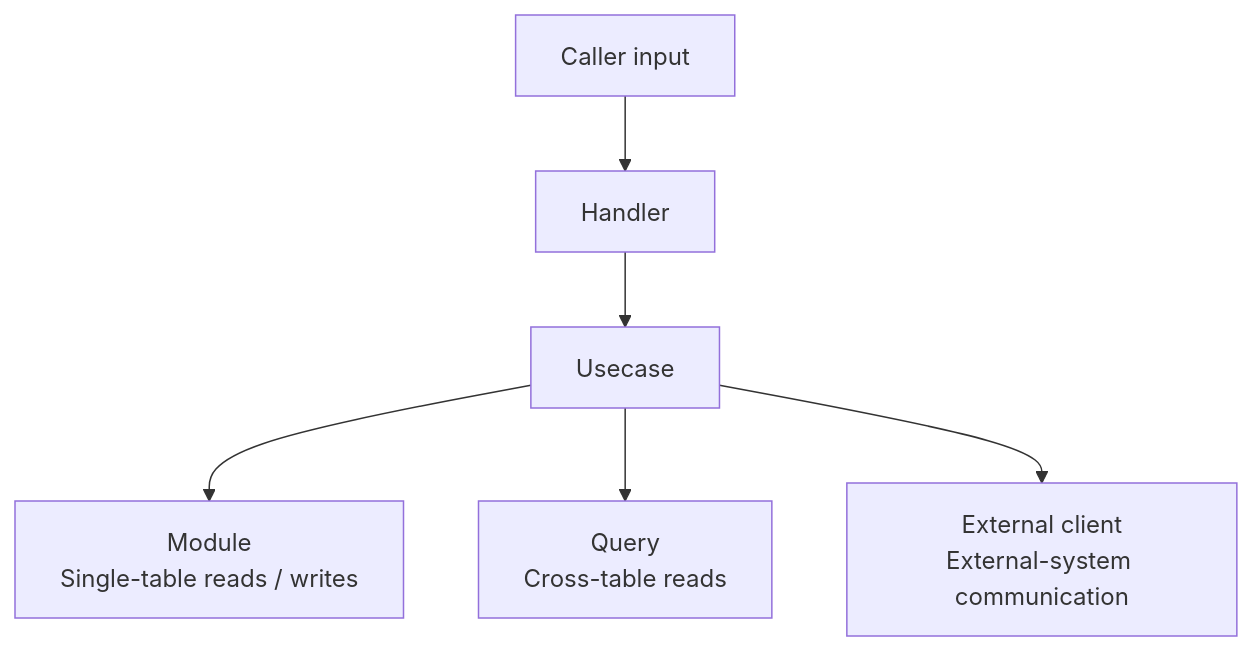
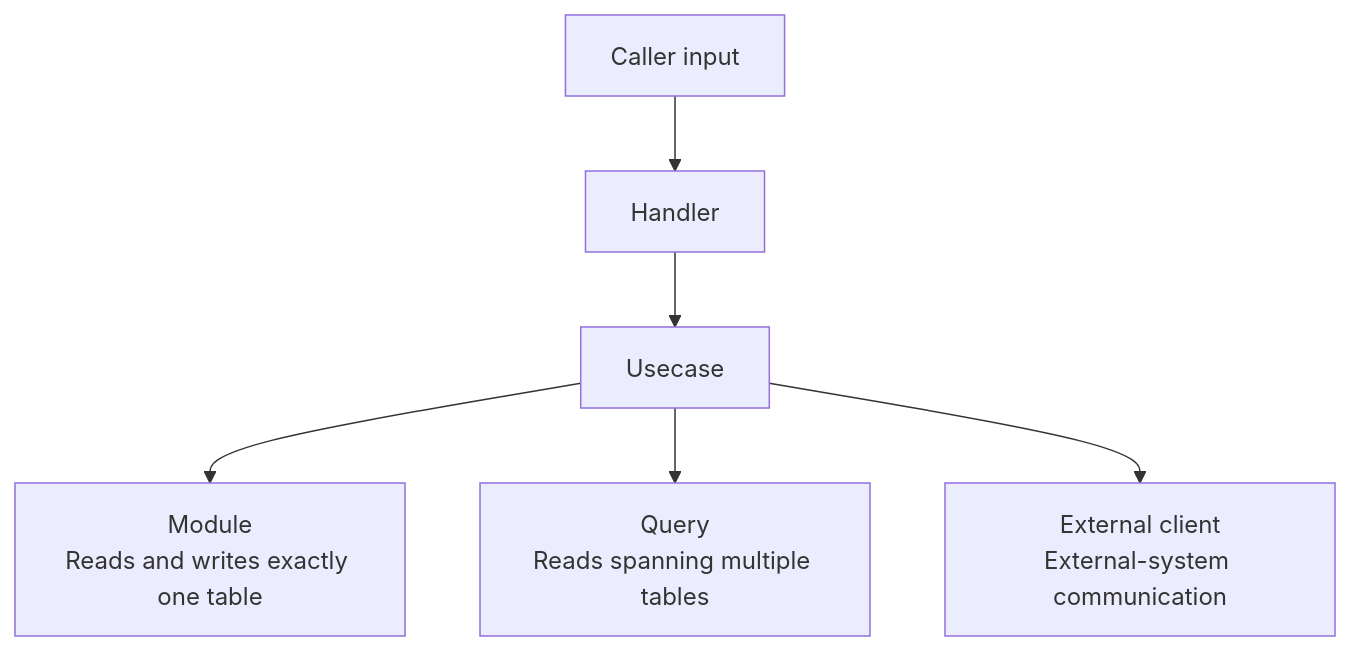
The diagram in docs/01-overview.md (kodaimura/humq), drawn with Mermaid before and after one commit. The commit also changed other lines of this file and 15 other files, not shown here.

````diff
--- a/docs/01-overview.md
+++ b/docs/01-overview.md
@@ -30,8 +30,8 @@
 ```mermaid
 flowchart TD
     input["Caller input"] --> handler["Handler"]
     handler --> usecase["Usecase"]
-    usecase --> module["Module<br>Single-table reads / writes"]
-    usecase --> query["Query<br>Cross-table reads"]
+    usecase --> module["Module<br>Reads and writes exactly one table"]
+    usecase --> query["Query<br>Reads spanning multiple tables"]
     usecase --> client["External client<br>External-system communication"]
 ```
````
